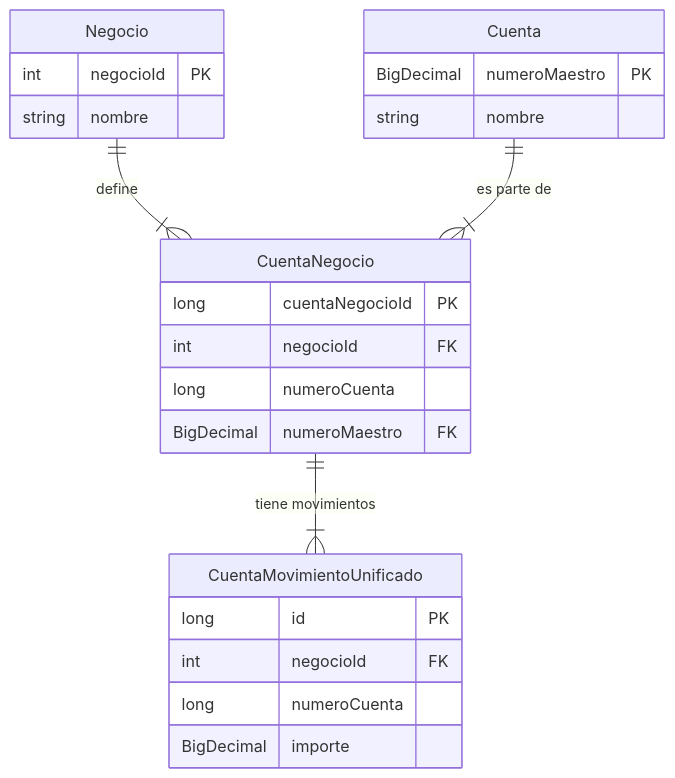
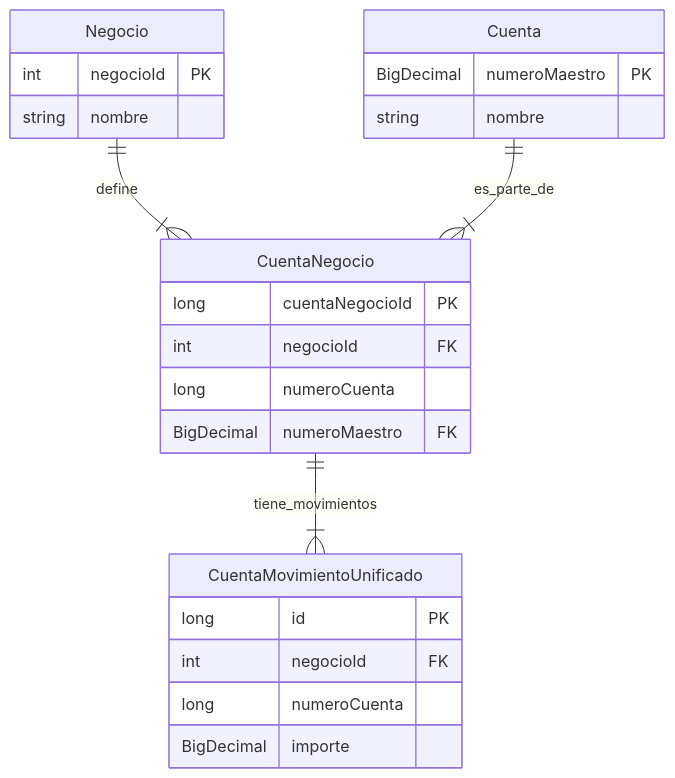
Before and after one commit to ETEREA-services/UNIFICADO.core-service: the diagram in docs/diagrams/mermaid/erd-unificado.mmd, drawn with Mermaid. The commit also changed 2 other files, not shown here.

Commit message:
fix(docs): elimina emojis y caracteres especiales de los diagramas Mermaid para compatibilidad con GitHub Pages

```diff
--- a/docs/diagrams/mermaid/erd-unificado.mmd
+++ b/docs/diagrams/mermaid/erd-unificado.mmd
@@ -1,28 +1,28 @@
 erDiagram
     Negocio {
         int negocioId PK
         string nombre
     }
 
     Cuenta {
         BigDecimal numeroMaestro PK
         string nombre
     }
 
     CuentaNegocio {
         long cuentaNegocioId PK
         int negocioId FK
         long numeroCuenta
         BigDecimal numeroMaestro FK
     }
 
     CuentaMovimientoUnificado {
         long id PK
         int negocioId FK
         long numeroCuenta
         BigDecimal importe
     }
 
-    Negocio ||--|{ CuentaNegocio : "define"
-    Cuenta ||--|{ CuentaNegocio : "es parte de"
-    CuentaNegocio ||--|{ CuentaMovimientoUnificado : "tiene movimientos"
+    Negocio ||--|{ CuentaNegocio : define
+    Cuenta ||--|{ CuentaNegocio : es_parte_de
+    CuentaNegocio ||--|{ CuentaMovimientoUnificado : tiene_movimientos
```
